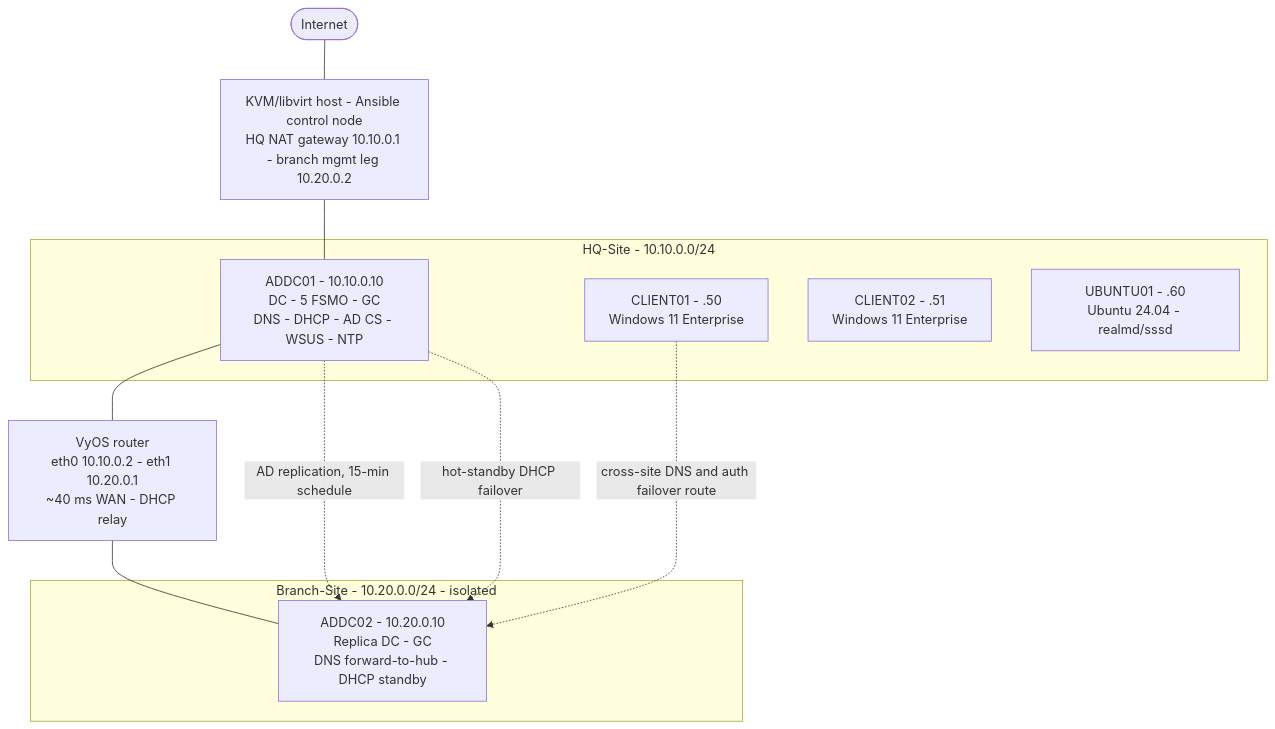
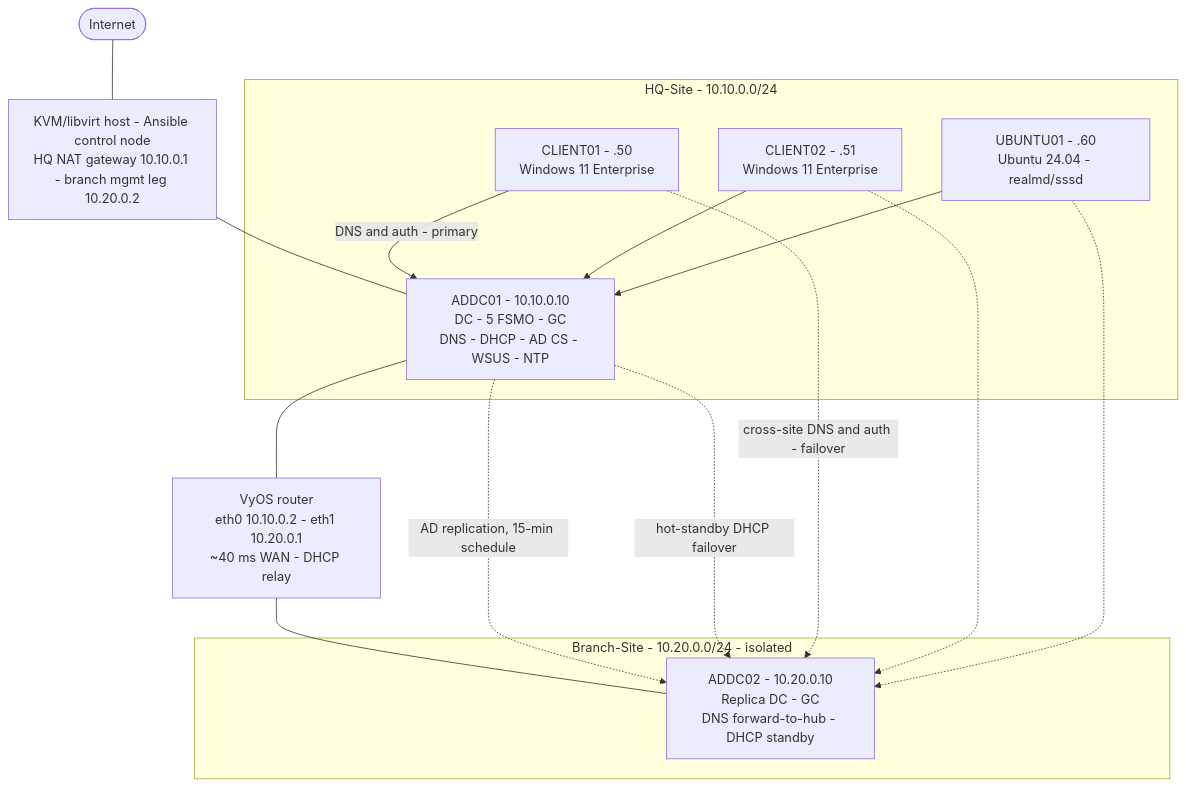
One commit to marky224/windows-ad-ansible-kvm changed the first of 2 diagrams in README.md. Above: the diagram before and after it, drawn with Mermaid.

Commit message:
docs: show every HQ client's primary + failover DC path in the topology diagram
Solid arrows mark the steady state (CLIENT01/CLIENT02/UBUNTU01 -> ADDC01);
dotted arrows mark the cross-site failover path (-> ADDC02). The scope-wide
option-121 route + DNS alternate apply to every HQ client, so all three are
drawn rather than CLIENT01 alone.

````diff
--- a/README.md
+++ b/README.md
@@ -65,26 +65,31 @@
 ```mermaid
 flowchart TB
     INET([Internet])
     HOST["KVM/libvirt host - Ansible control node<br/>HQ NAT gateway 10.10.0.1 - branch mgmt leg 10.20.0.2"]
     INET --- HOST
 
     subgraph HQ["HQ-Site - 10.10.0.0/24"]
         ADDC01["ADDC01 - 10.10.0.10<br/>DC - 5 FSMO - GC<br/>DNS - DHCP - AD CS - WSUS - NTP"]
         C1["CLIENT01 - .50<br/>Windows 11 Enterprise"]
         C2["CLIENT02 - .51<br/>Windows 11 Enterprise"]
         U1["UBUNTU01 - .60<br/>Ubuntu 24.04 - realmd/sssd"]
     end
 
     subgraph BR["Branch-Site - 10.20.0.0/24 - isolated"]
         ADDC02["ADDC02 - 10.20.0.10<br/>Replica DC - GC<br/>DNS forward-to-hub - DHCP standby"]
     end
 
     VYOS["VyOS router<br/>eth0 10.10.0.2 - eth1 10.20.0.1<br/>~40 ms WAN - DHCP relay"]
 
     HOST --- ADDC01
     ADDC01 --- VYOS
     VYOS --- ADDC02
     ADDC01 -.->|AD replication, 15-min schedule| ADDC02
     ADDC01 -.->|hot-standby DHCP failover| ADDC02
-    C1 -.->|cross-site DNS and auth failover route| ADDC02
+    C1 -->|DNS and auth - primary| ADDC01
+    C2 --> ADDC01
+    U1 --> ADDC01
+    C1 -.->|cross-site DNS and auth - failover| ADDC02
+    C2 -.-> ADDC02
+    U1 -.-> ADDC02
 ```
````
